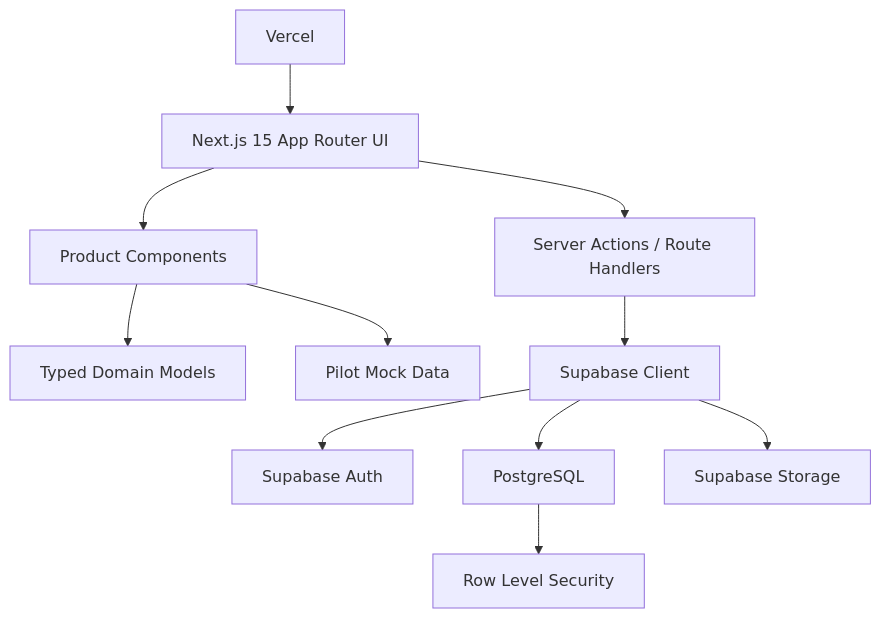
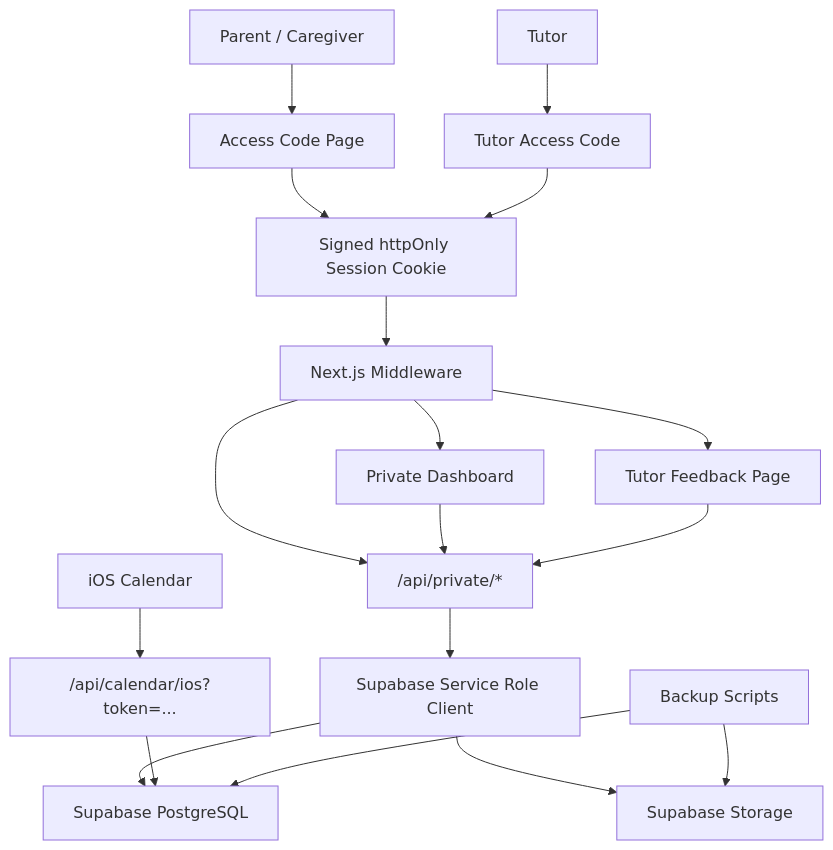
One commit to moirakk/family-education-private-three-child changed the diagram in README.md. Above: the diagram before and after it, drawn with Mermaid. The commit also changed other lines of this file, not shown here.

Commit message:
Document private family system

````diff
--- a/README.md
+++ b/README.md
@@ -98,13 +75,26 @@
 ```mermaid
 flowchart TD
-  UI["Next.js 15 App Router UI"] --> Components["Product Components"]
-  Components --> Domain["Typed Domain Models"]
-  Components --> MockData["Pilot Mock Data"]
-  UI --> FutureActions["Server Actions / Route Handlers"]
-  FutureActions --> Supabase["Supabase Client"]
-  Supabase --> Auth["Supabase Auth"]
-  Supabase --> Postgres["PostgreSQL"]
-  Supabase --> Storage["Supabase Storage"]
-  Postgres --> RLS["Row Level Security"]
-  Vercel["Vercel"] --> UI
+  Parent["Parent / Caregiver"] --> Access["Access Code Page"]
+  Tutor["Tutor"] --> TutorAccess["Tutor Access Code"]
+
+  Access --> Cookie["Signed httpOnly Session Cookie"]
+  TutorAccess --> Cookie
+
+  Cookie --> Middleware["Next.js Middleware"]
+  Middleware --> Dashboard["Private Dashboard"]
+  Middleware --> TutorPage["Tutor Feedback Page"]
+  Middleware --> PrivateAPI["/api/private/*"]
+
+  Dashboard --> PrivateAPI
+  TutorPage --> PrivateAPI
+
+  PrivateAPI --> AdminClient["Supabase Service Role Client"]
+  AdminClient --> Postgres["Supabase PostgreSQL"]
+  AdminClient --> Storage["Supabase Storage"]
+
+  Calendar["iOS Calendar"] --> ICS["/api/calendar/ios?token=..."]
+  ICS --> Postgres
+
+  Backup["Backup Scripts"] --> Postgres
+  Backup --> Storage
 ```
````
